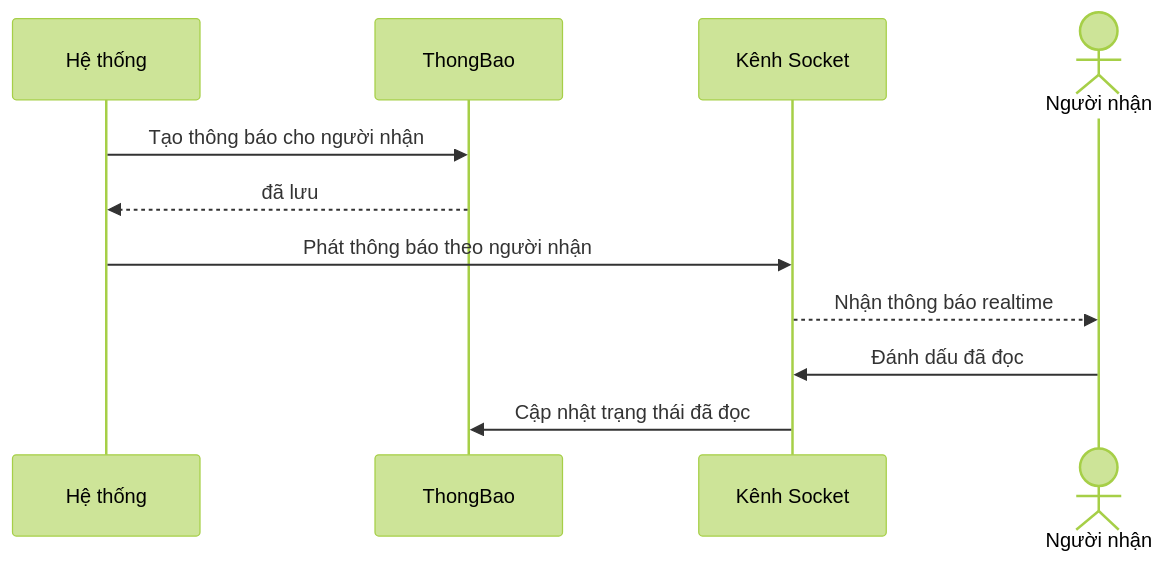
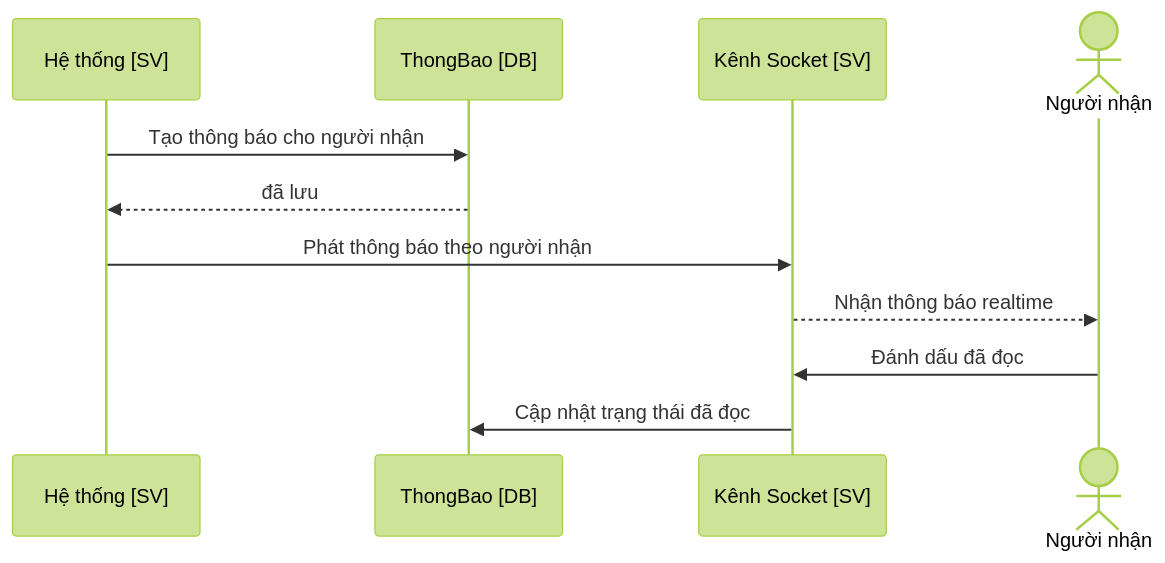
One commit to tranducbk/DATN_PM_QLKT changed the sixth of 8 diagrams in docs/diagrams/05-sequence.md. Above: the diagram before and after it, drawn with Mermaid (forest theme). The commit also changed other lines of this file and 29 other files, not shown here.

First line of the commit message:
Update CLAUDE.md with additional validation rules and introduce new database schema

````diff
--- a/docs/diagrams/05-sequence.md
+++ b/docs/diagrams/05-sequence.md
@@ -182,14 +182,14 @@
 ```mermaid
 sequenceDiagram
-    participant Sys as Hệ thống
-    participant TB as ThongBao
-    participant Sock as Kênh Socket
+    participant Sys as Hệ thống [SV]
+    participant TB as ThongBao [DB]
+    participant Sock as Kênh Socket [SV]
     actor User as Người nhận
 
     Sys->>TB: Tạo thông báo cho người nhận
     TB-->>Sys: đã lưu
     Sys->>Sock: Phát thông báo theo người nhận
     Sock-->>User: Nhận thông báo realtime
     User->>Sock: Đánh dấu đã đọc
     Sock->>TB: Cập nhật trạng thái đã đọc
 ```
````
